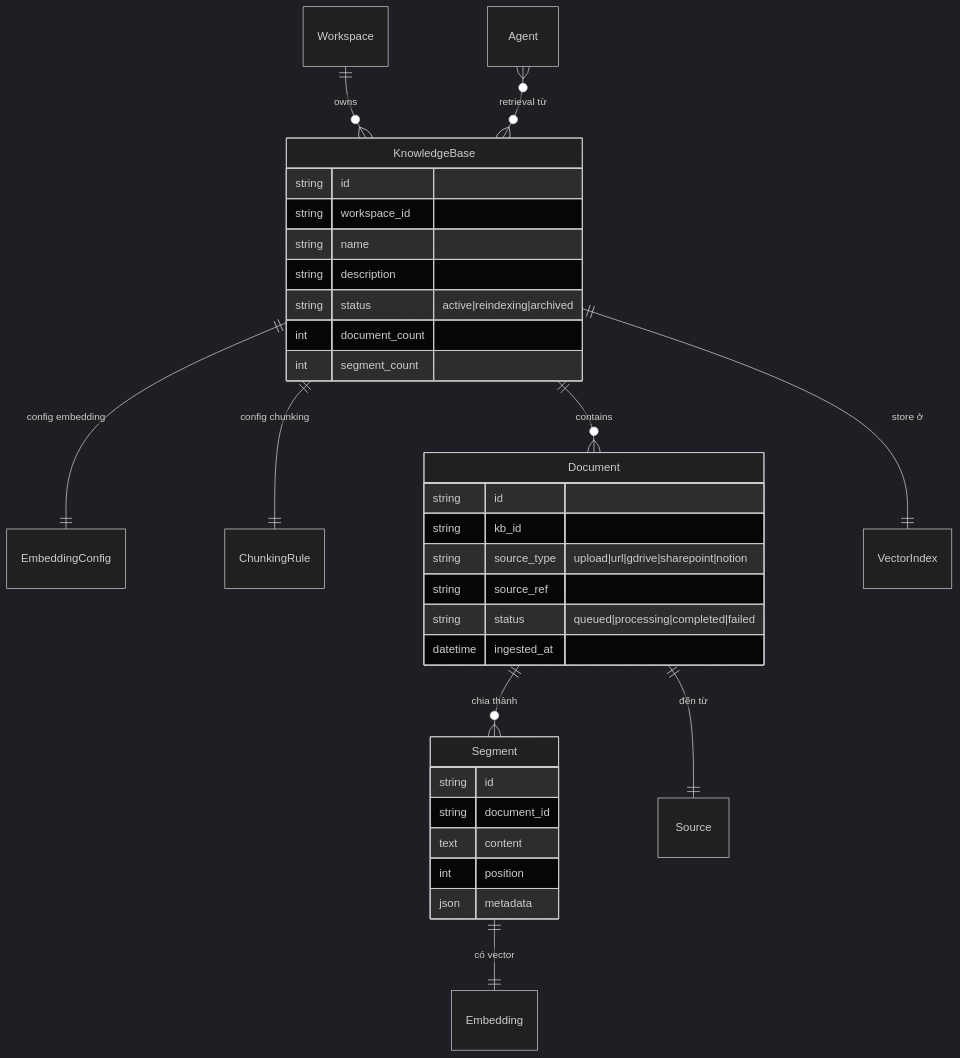
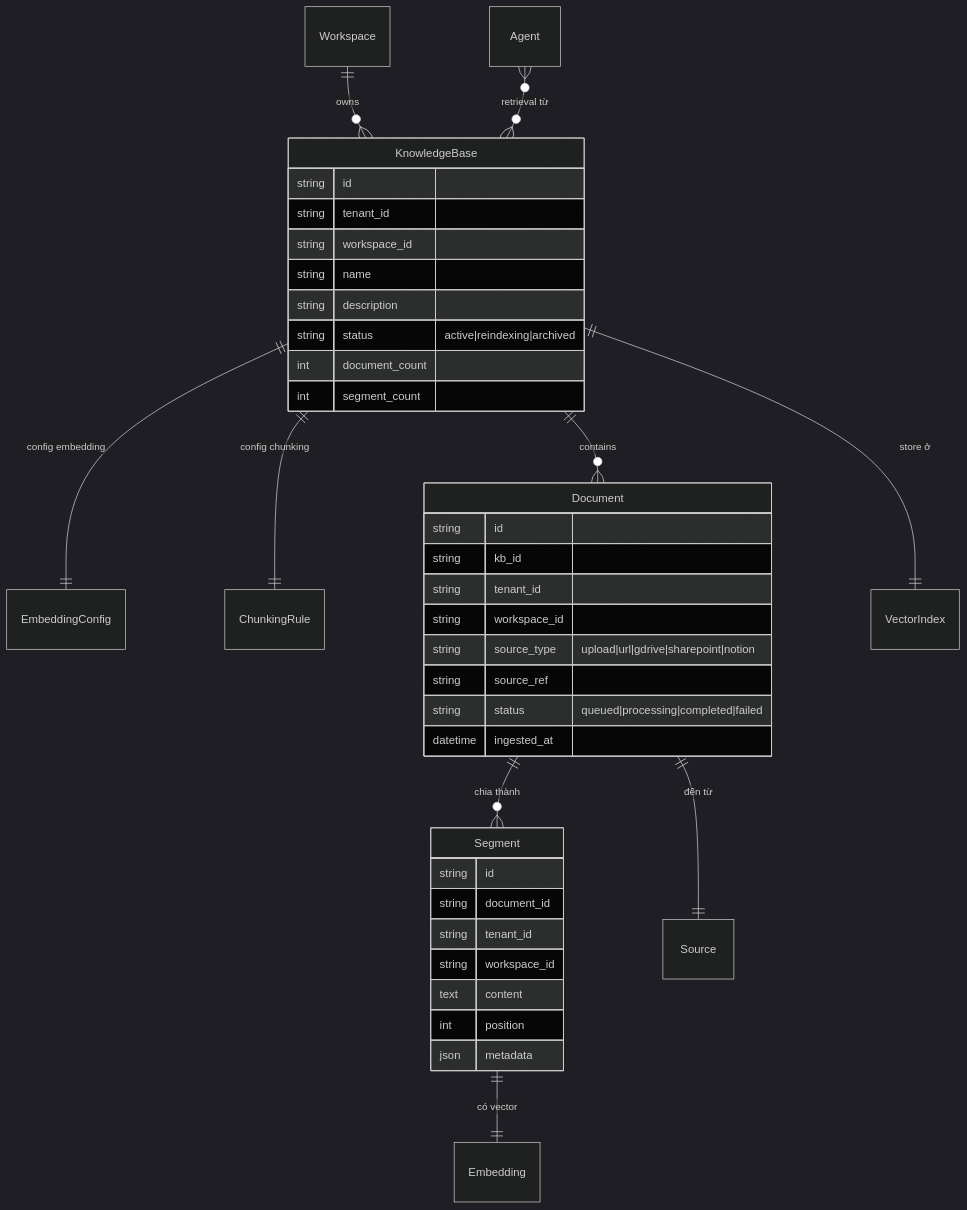
The diagram in docs/02-domain/05-knowledge.md (cmc-phongnd/agent-platform-docs), drawn with Mermaid (dark theme) before and after one commit. The commit also changed other lines of this file and 14 other files, not shown here.

First line of the commit message:
Rewrite docs module 02 (domain) intros + module 03 (architecture) full content

````diff
--- a/docs/02-domain/05-knowledge.md
+++ b/docs/02-domain/05-knowledge.md
@@ -37,37 +68,42 @@
 ```mermaid
 erDiagram
     Workspace ||--o{ KnowledgeBase : owns
     KnowledgeBase ||--|| EmbeddingConfig : "config embedding"
     KnowledgeBase ||--|| ChunkingRule : "config chunking"
     KnowledgeBase ||--o{ Document : contains
     Document ||--o{ Segment : "chia thành"
     Segment ||--|| Embedding : "có vector"
     Document ||--|| Source : "đến từ"
     KnowledgeBase ||--|| VectorIndex : "store ở"
     Agent }o--o{ KnowledgeBase : "retrieval từ"
 
     KnowledgeBase {
         string id
+        string tenant_id
         string workspace_id
         string name
         string description
         string status "active|reindexing|archived"
         int document_count
         int segment_count
     }
     Document {
         string id
         string kb_id
+        string tenant_id
+        string workspace_id
         string source_type "upload|url|gdrive|sharepoint|notion"
         string source_ref
         string status "queued|processing|completed|failed"
         datetime ingested_at
     }
     Segment {
         string id
         string document_id
+        string tenant_id
+        string workspace_id
         text content
         int position
         json metadata
     }
 ```
````
